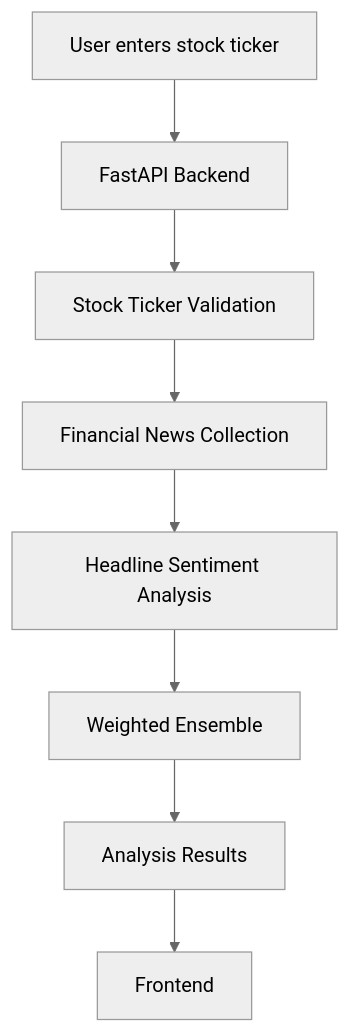
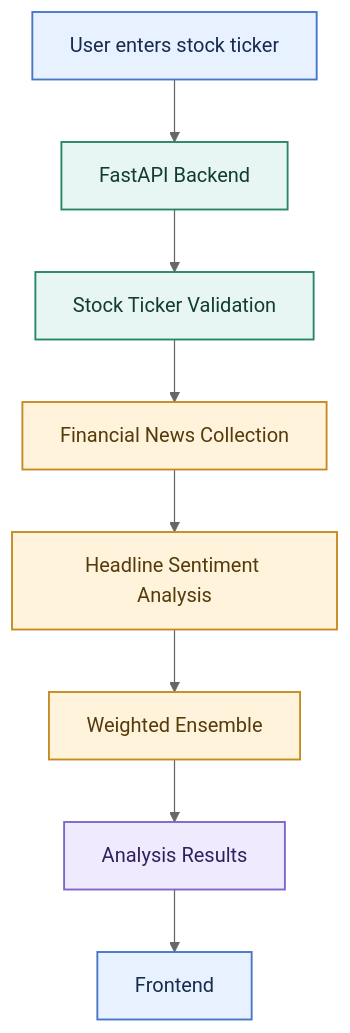
The diagram in README.md (creydit/Stock-Portfolio-Management), drawn with Mermaid (neutral theme) before and after one commit. The commit also changed other lines of this file, not shown here.

````diff
--- a/README.md
+++ b/README.md
@@ -49,19 +61,29 @@
 ```mermaid
 flowchart TD
     A[User enters stock ticker]
     B[FastAPI Backend]
     C[Stock Ticker Validation]
     D[Financial News Collection]
     E[Headline Sentiment Analysis]
     F[Weighted Ensemble]
     G[Analysis Results]
     H[Frontend]
 
     A --> B
     B --> C
     C --> D
     D --> E
     E --> F
     F --> G
     G --> H
+
+    classDef user fill:#E8F1FF,stroke:#4776C5,color:#172B4D,stroke-width:1.5px;
+    classDef backend fill:#E7F6F2,stroke:#27856A,color:#123B31,stroke-width:1.5px;
+    classDef processing fill:#FFF3DB,stroke:#C58A22,color:#553A0B,stroke-width:1.5px;
+    classDef output fill:#F0EAFE,stroke:#8064C8,color:#30205E,stroke-width:1.5px;
+
+    class A,H user;
+    class B,C backend;
+    class D,E,F processing;
+    class G output;
 ```
````
